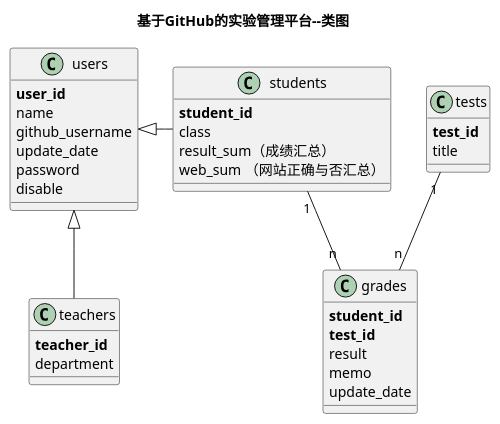
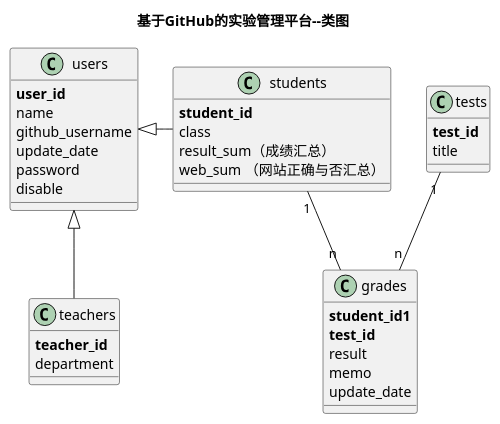
One commit to ylfagh/is_analysis-1 changed the diagram in 项目/实验平台/doc/class.puml. Above: the diagram before and after it, drawn with PlantUML. The commit also changed 1 other file, not shown here.

```diff
--- a/项目/实验平台/doc/class.puml
+++ b/项目/实验平台/doc/class.puml
@@ -1,40 +1,40 @@
 @startuml
 title 基于GitHub的实验管理平台--类图
 class users {
     <b>user_id</b>
     name
     github_username
     update_date
     password
     disable
 }
 class teachers{
     <b>teacher_id</b>
     department
 }
 class students{
     <b>student_id</b>
     class
     result_sum（成绩汇总）
     web_sum （网站正确与否汇总）
 }
 users <|- students
 users <|-- teachers
 class grades {
-    <b>student_id</b>
+    <b>student_id1</b>
     <b>test_id</b>
     result
     memo
     update_date
 }
 
 class tests {
     <b>test_id</b>
     title
 }
 
 students "1" -- "n"  grades
 tests "1" -- "n"  grades
 
 
 @enduml
```
